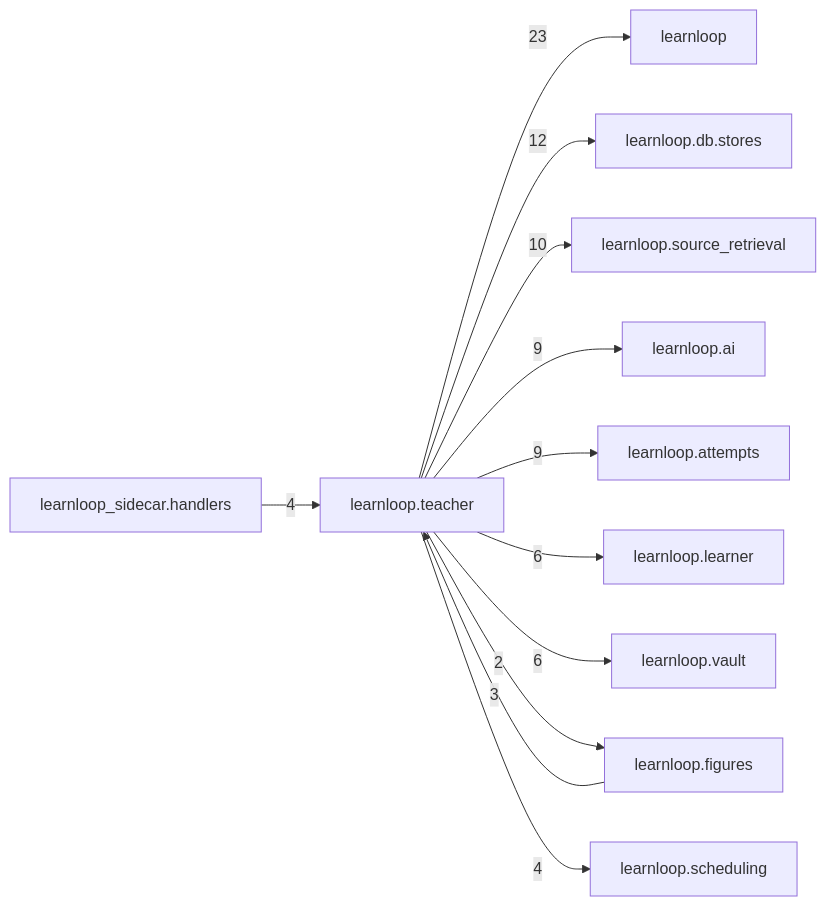
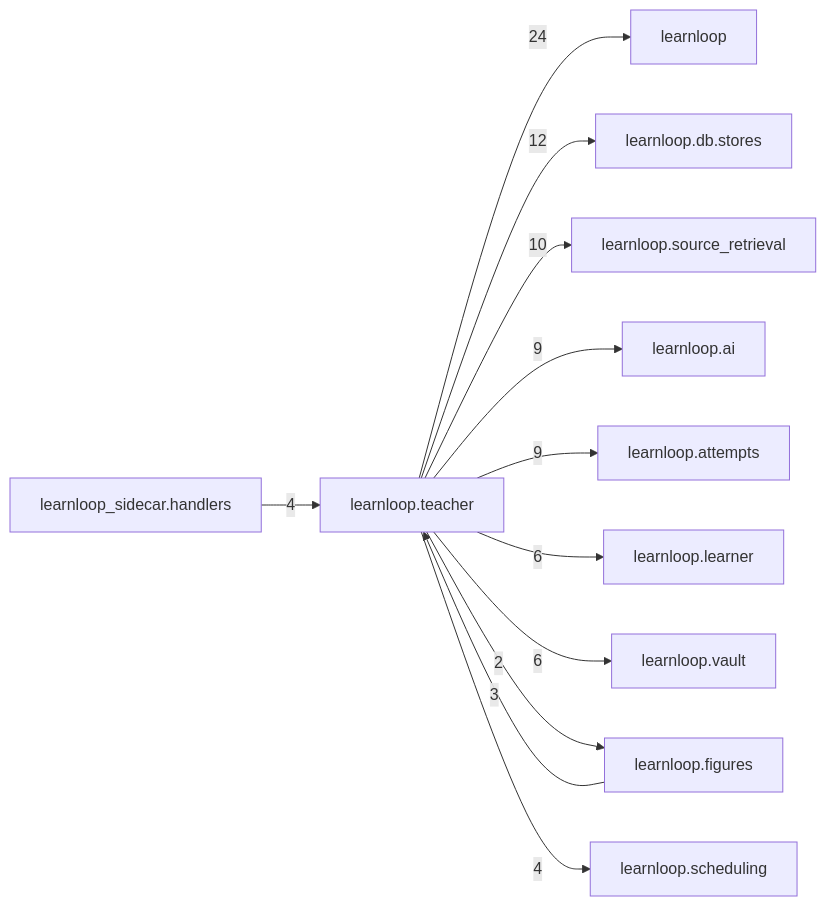
One commit to 6up-b/learnanything changed the diagram in docs/learnloop-architecture-vault/Reference/Modules/learnloop/teacher/_package.md. Above: the diagram before and after it, drawn with Mermaid. The commit also changed other lines of this file and 18 other files, not shown here.

````diff
--- a/docs/learnloop-architecture-vault/Reference/Modules/learnloop/teacher/_package.md
+++ b/docs/learnloop-architecture-vault/Reference/Modules/learnloop/teacher/_package.md
@@ -117,25 +117,25 @@
 ```mermaid
 flowchart LR
     center["learnloop.teacher"]
     n_learnloop["learnloop"]
     n_learnloop_db_stores["learnloop.db.stores"]
     n_learnloop_source_retrieval["learnloop.source_retrieval"]
     n_learnloop_ai["learnloop.ai"]
     n_learnloop_attempts["learnloop.attempts"]
     n_learnloop_learner["learnloop.learner"]
     n_learnloop_vault["learnloop.vault"]
     n_learnloop_figures["learnloop.figures"]
     n_learnloop_scheduling["learnloop.scheduling"]
     n_learnloop_sidecar_handlers["learnloop_sidecar.handlers"]
-    center -->|23| n_learnloop
+    center -->|24| n_learnloop
     center -->|12| n_learnloop_db_stores
     center -->|10| n_learnloop_source_retrieval
     center -->|9| n_learnloop_ai
     center -->|9| n_learnloop_attempts
     center -->|6| n_learnloop_learner
     center -->|6| n_learnloop_vault
     n_learnloop_figures -->|3| center
     center -->|2| n_learnloop_figures
     center -->|4| n_learnloop_scheduling
     n_learnloop_sidecar_handlers -->|4| center
 ```
````
